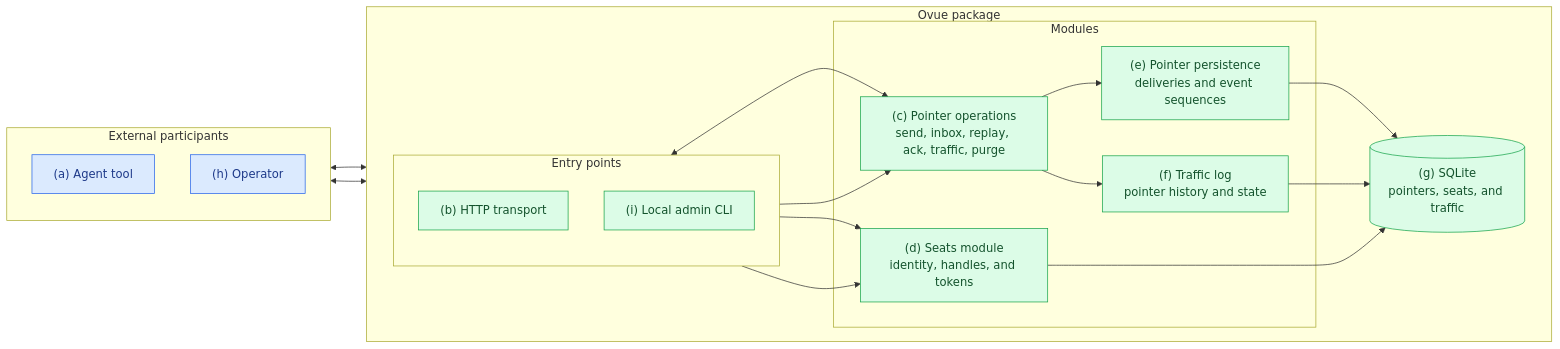
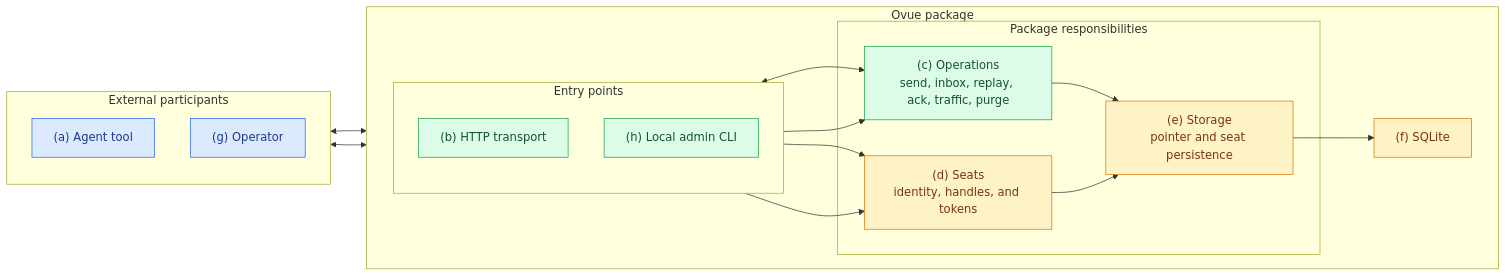
The first of 2 diagrams in spec.md (afroguy16/ovue), drawn with Mermaid before and after one commit. The commit also changed other lines of this file and 44 other files, not shown here.

Commit message:
refactor(operations): centralize pointer operations

````diff
--- a/spec.md
+++ b/spec.md
@@ -54,43 +62,42 @@
 ```mermaid
 flowchart LR
     subgraph People[External participants]
         direction TB
         Agent["(a) Agent tool"]
-        Operator["(h) Operator"]
+        Operator["(g) Operator"]
     end
 
     subgraph Ovue["Ovue package"]
         direction LR
         subgraph Entry["Entry points"]
             direction TB
             HTTP["(b) HTTP transport"]
-            Admin["(i) Local admin CLI"]
+            Admin["(h) Local admin CLI"]
         end
 
-        subgraph Modules["Modules"]
-            Pointer["(c) Pointer operations<br/>send, inbox, replay, ack, traffic, purge"]
-            Auth["(d) Seats module<br/>identity, handles, and tokens"]
-            Store["(e) Pointer persistence<br/>deliveries and event sequences"]
-            Log["(f) Traffic log<br/>pointer history and state"]
-            Pointer --> Store
-            Pointer --> Log
+        subgraph Responsibilities["Package responsibilities"]
+            Operations["(c) Operations<br/>send, inbox, replay, ack, traffic, purge"]
+            Seats["(d) Seats<br/>identity, handles, and tokens"]
+            Store["(e) Storage<br/>pointer and seat persistence"]
         end
 
-        SQLite[("(g) SQLite<br/>pointers, seats, and traffic")]
+        SQLite["(f) SQLite"]
+        Operations --> Store
+        Seats --> Store
         Store --> SQLite
-        Log --> SQLite
-        Auth --> SQLite
     end
 
     Agent <--> HTTP
     Operator <--> Admin
-    HTTP <--> Pointer
-    HTTP --> Auth
-    Admin --> Pointer
-    Admin --> Auth
+    HTTP <--> Operations
+    HTTP --> Seats
+    Admin --> Operations
+    Admin --> Seats
 
     classDef complete fill:#dcfce7,stroke:#16a34a,color:#14532d;
+    classDef partial fill:#fef3c7,stroke:#d97706,color:#78350f;
     classDef external fill:#dbeafe,stroke:#2563eb,color:#1e3a8a;
-    class Pointer,Store,Log,SQLite,HTTP,Admin,Auth complete;
+    class HTTP,Admin,Operations complete;
+    class Seats,Store,SQLite partial;
     class Agent,Operator external;
 ```
````
